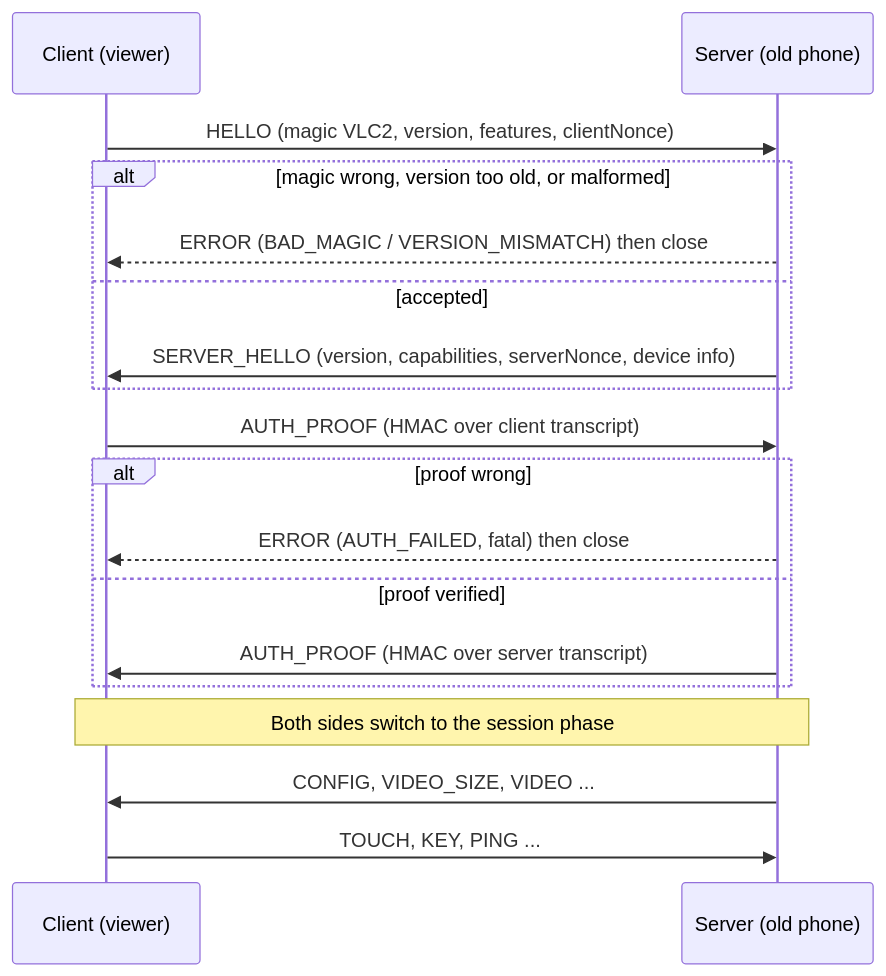
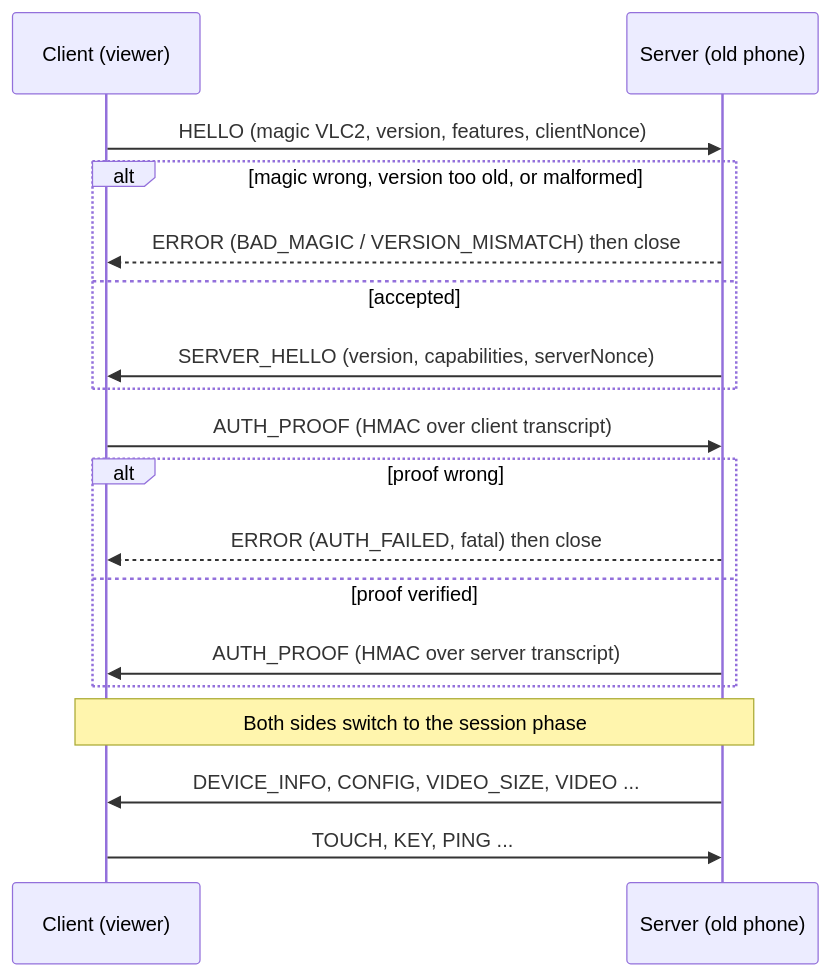
The first of 2 diagrams in docs/protocol.md (MasterDineth/Velocast), drawn with Mermaid before and after one commit. The commit also changed other lines of this file and 1 other file, not shown here.

Commit message:
docs(S02): document DEVICE_INFO, R10 resolution, and pre-merge review fixes

````diff
--- a/docs/protocol.md
+++ b/docs/protocol.md
@@ -456,20 +471,20 @@
 ```mermaid
 sequenceDiagram
     participant C as Client (viewer)
     participant S as Server (old phone)
     C->>S: HELLO (magic VLC2, version, features, clientNonce)
     alt magic wrong, version too old, or malformed
         S-->>C: ERROR (BAD_MAGIC / VERSION_MISMATCH) then close
     else accepted
-        S->>C: SERVER_HELLO (version, capabilities, serverNonce, device info)
+        S->>C: SERVER_HELLO (version, capabilities, serverNonce)
     end
     C->>S: AUTH_PROOF (HMAC over client transcript)
     alt proof wrong
         S-->>C: ERROR (AUTH_FAILED, fatal) then close
     else proof verified
         S->>C: AUTH_PROOF (HMAC over server transcript)
     end
     Note over C,S: Both sides switch to the session phase
-    S->>C: CONFIG, VIDEO_SIZE, VIDEO ...
+    S->>C: DEVICE_INFO, CONFIG, VIDEO_SIZE, VIDEO ...
     C->>S: TOUCH, KEY, PING ...
 ```
````
